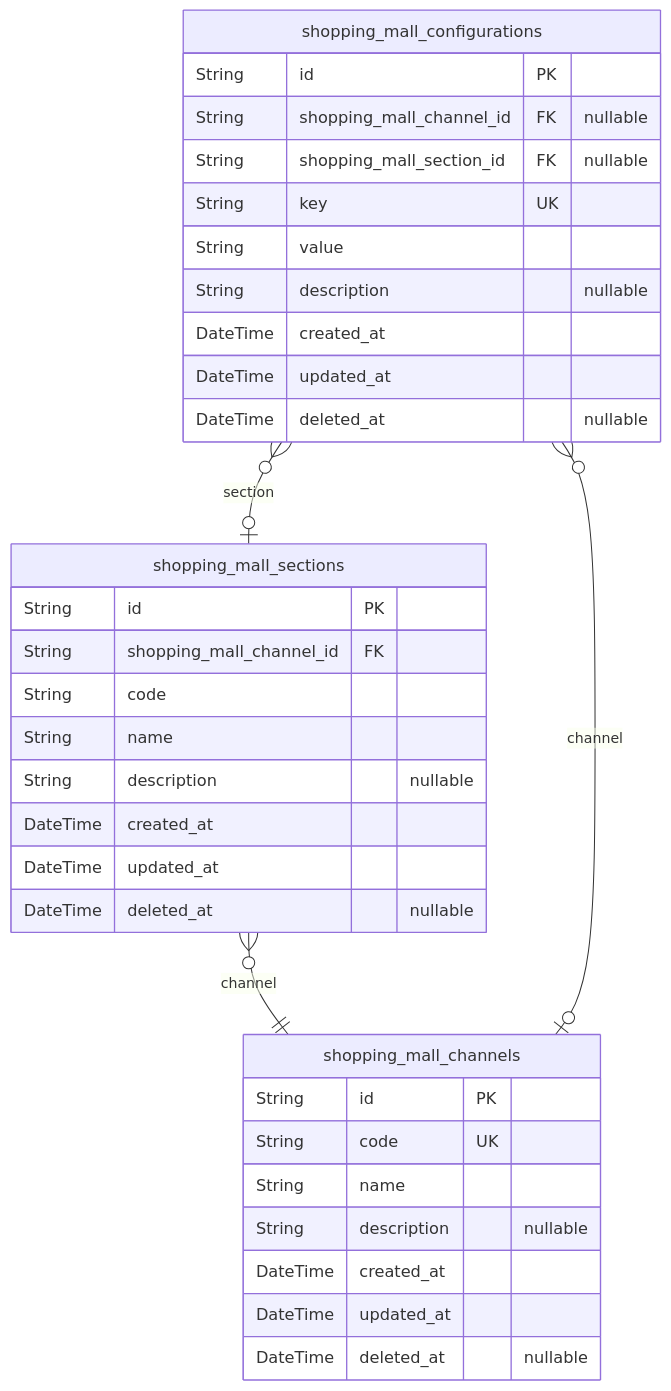
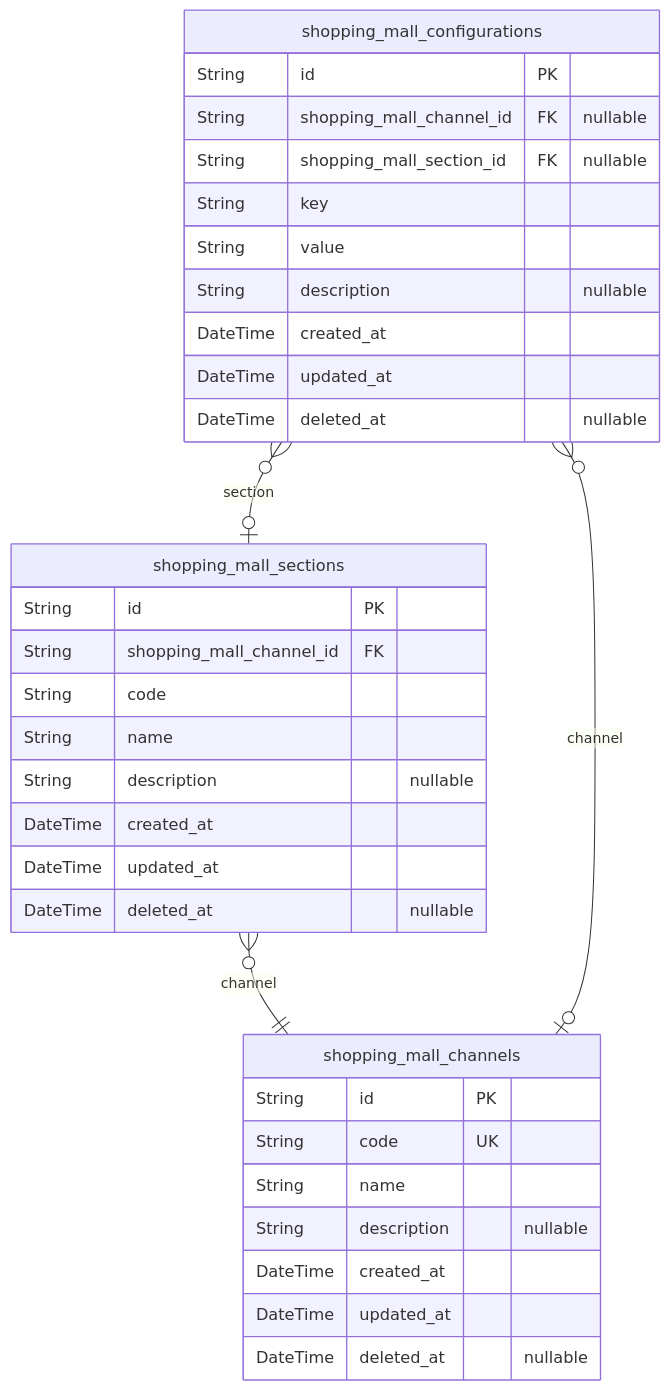
The first of 10 diagrams in mistralai/codestral-2508/shopping/docs/ERD.md (wrtnlabs/autobe-examples), drawn with Mermaid before and after one commit. The commit also changed other lines of this file and 7173 other files, not shown here.

````diff
--- a/mistralai/codestral-2508/shopping/docs/ERD.md
+++ b/mistralai/codestral-2508/shopping/docs/ERD.md
@@ -18,36 +18,36 @@
 ```mermaid
 erDiagram
 "shopping_mall_channels" {
   String id PK
   String code UK
   String name
   String description "nullable"
   DateTime created_at
   DateTime updated_at
   DateTime deleted_at "nullable"
 }
 "shopping_mall_sections" {
   String id PK
   String shopping_mall_channel_id FK
   String code
   String name
   String description "nullable"
   DateTime created_at
   DateTime updated_at
   DateTime deleted_at "nullable"
 }
 "shopping_mall_configurations" {
   String id PK
   String shopping_mall_channel_id FK "nullable"
   String shopping_mall_section_id FK "nullable"
-  String key UK
+  String key
   String value
   String description "nullable"
   DateTime created_at
   DateTime updated_at
   DateTime deleted_at "nullable"
 }
 "shopping_mall_sections" }o--|| "shopping_mall_channels" : channel
 "shopping_mall_configurations" }o--o| "shopping_mall_channels" : channel
 "shopping_mall_configurations" }o--o| "shopping_mall_sections" : section
 ```
````
